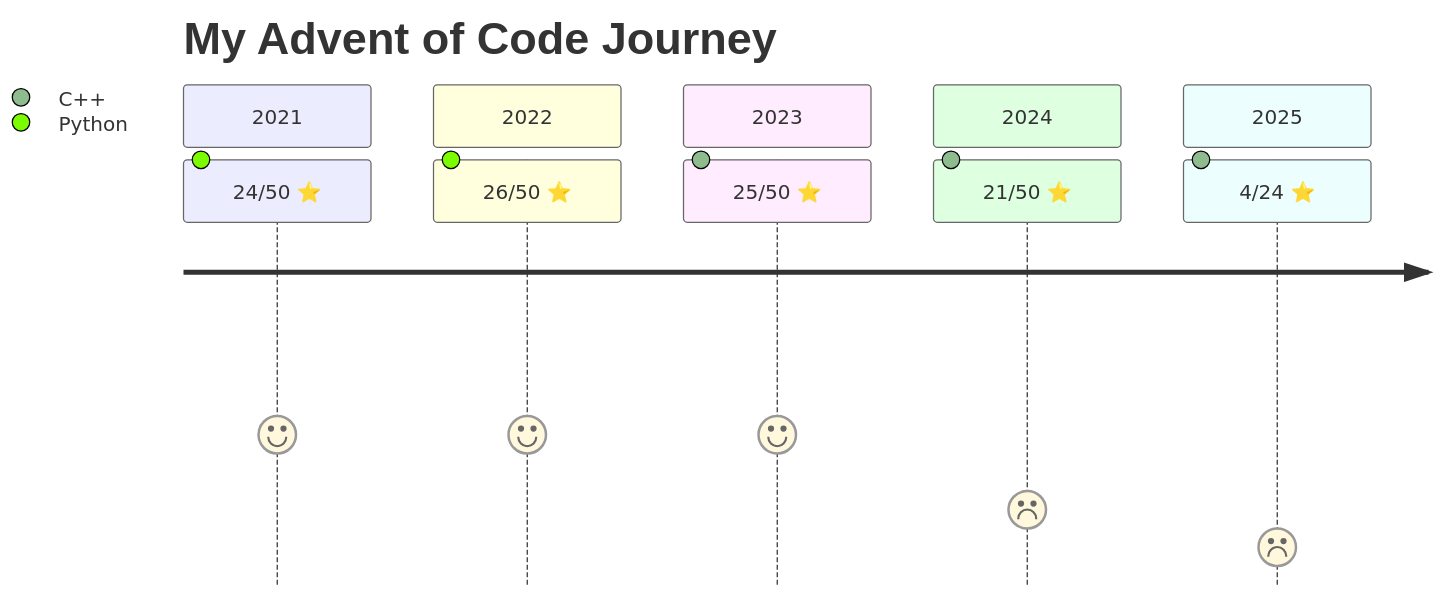
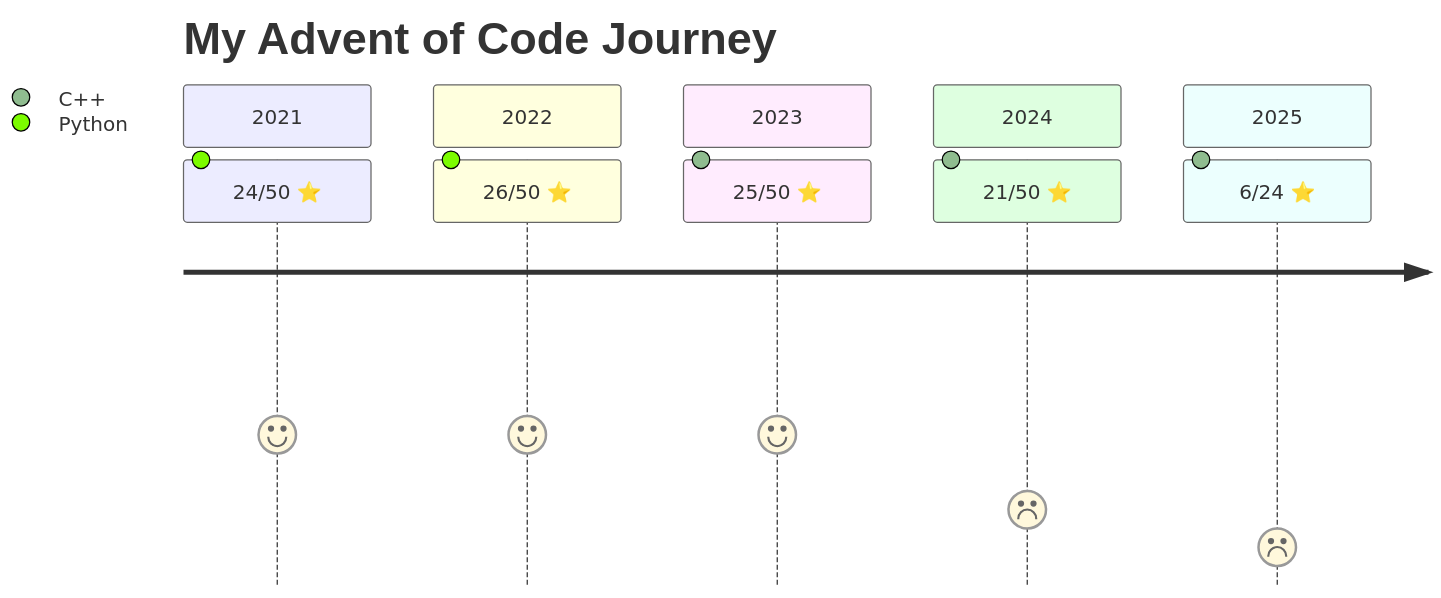
The diagram in README.md (mlcsthor/advent-of-code), drawn with Mermaid before and after one commit. The commit also changed 2 other files, not shown here.

Commit message:
✨ Add 2025 Day03

````diff
--- a/README.md
+++ b/README.md
@@ -1,14 +1,14 @@
 ```mermaid
 journey
     title My Advent of Code Journey
     section 2021
       24/50 ⭐: 4: Python
     section 2022
       26/50 ⭐: 4: Python
     section 2023
       25/50 ⭐: 4: C++
     section 2024
       21/50 ⭐: 2: C++
     section 2025
-      4/24 ⭐: 1: C++
+      6/24 ⭐: 1: C++
 ```
````
